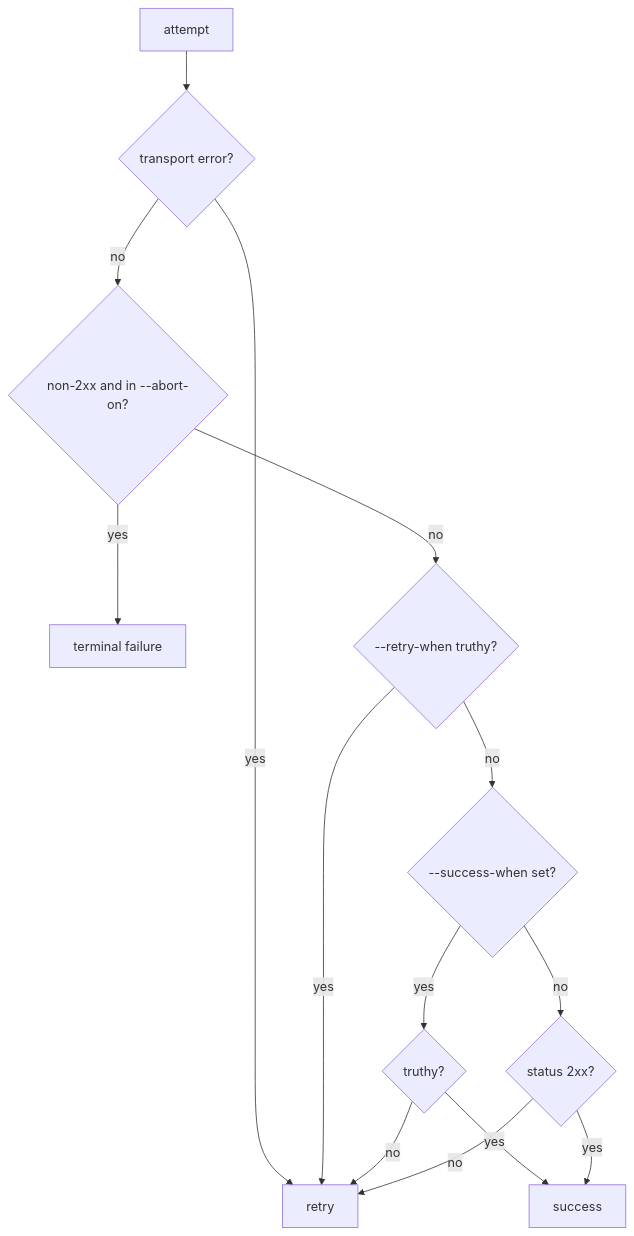
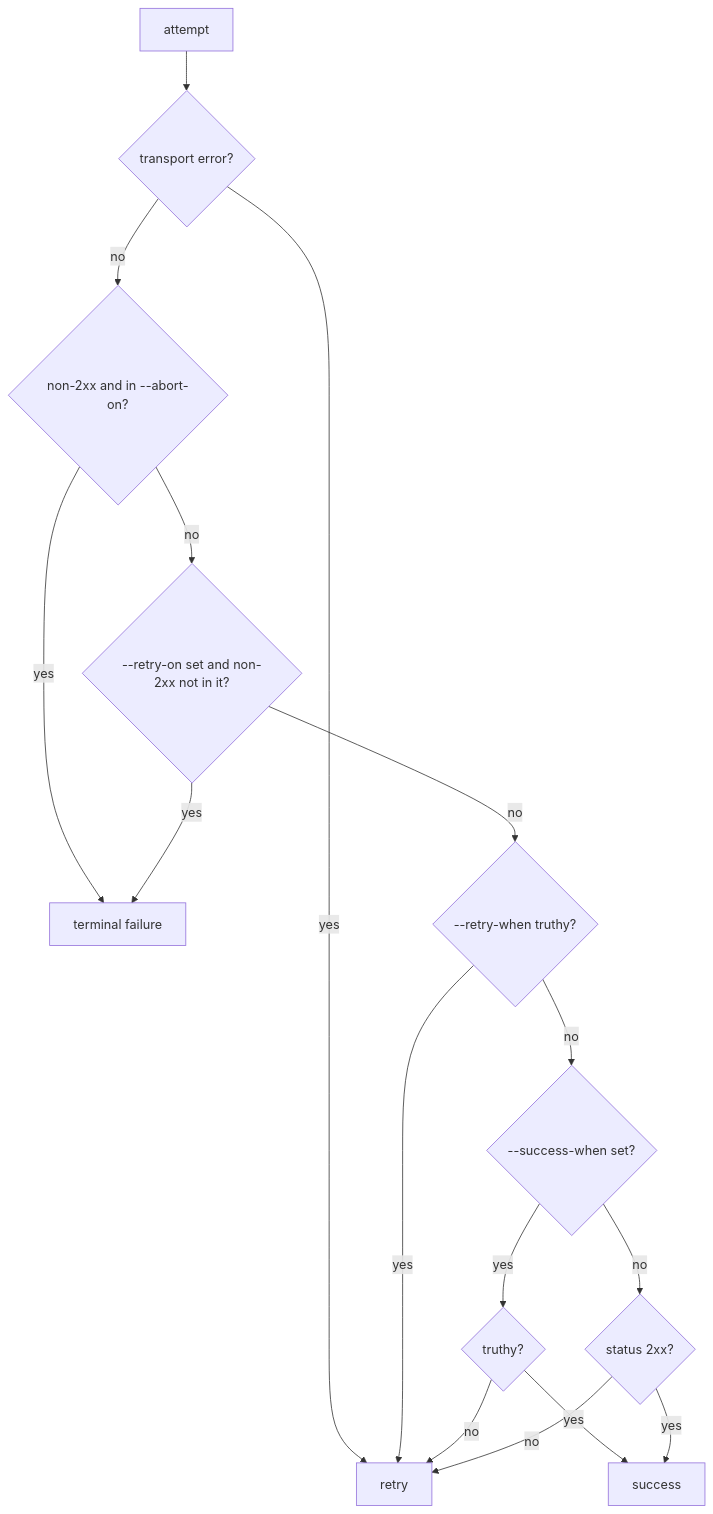
The diagram in docs/retry.md (logmanager-oss/opensearch-api), drawn with Mermaid before and after one commit. The commit also changed other lines of this file and 17 other files, not shown here.

````diff
--- a/docs/retry.md
+++ b/docs/retry.md
@@ -32,16 +33,18 @@
 ```mermaid
 flowchart TD
     A[attempt] --> B{transport error?}
     B -- yes --> R[retry]
     B -- no --> C{"non-2xx and in --abort-on?"}
     C -- yes --> T[terminal failure]
-    C -- no --> D{"--retry-when truthy?"}
+    C -- no --> C2{"--retry-on set and non-2xx not in it?"}
+    C2 -- yes --> T
+    C2 -- no --> D{"--retry-when truthy?"}
     D -- yes --> R
     D -- no --> E{"--success-when set?"}
     E -- yes --> F{truthy?}
     F -- yes --> S[success]
     F -- no --> R
     E -- no --> G{status 2xx?}
     G -- yes --> S
     G -- no --> R
 ```
````
